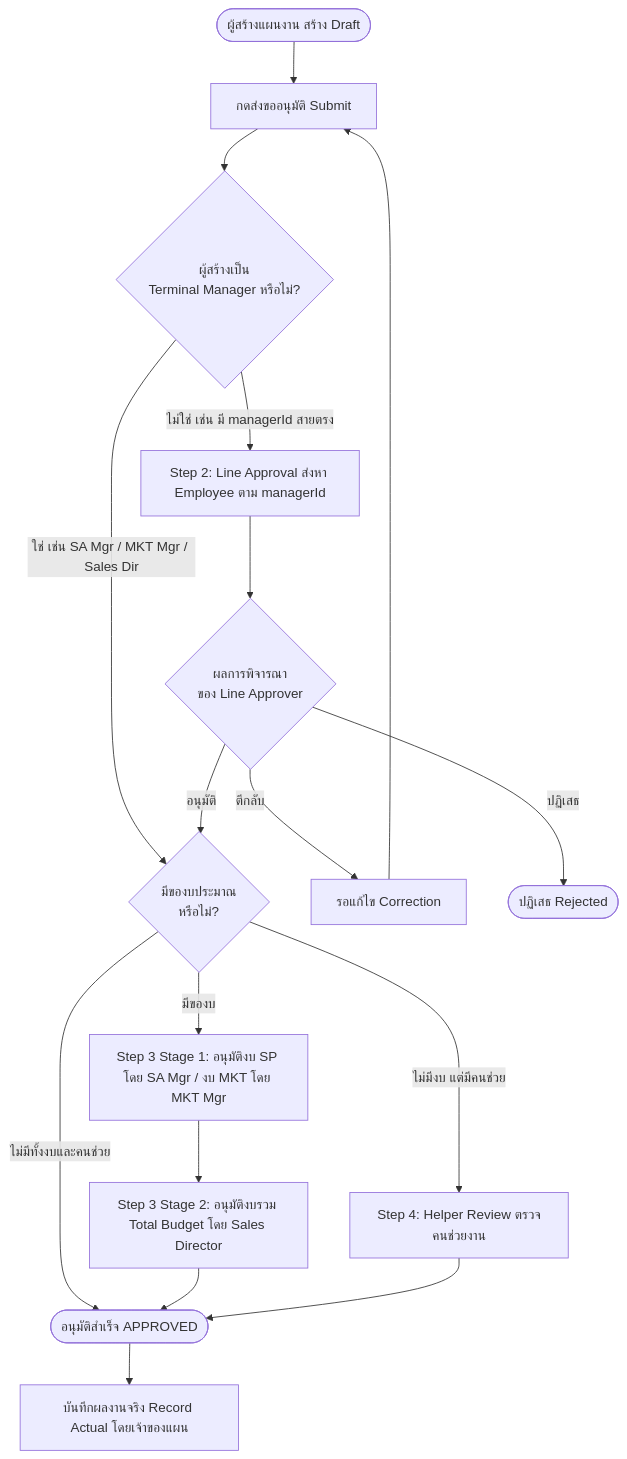
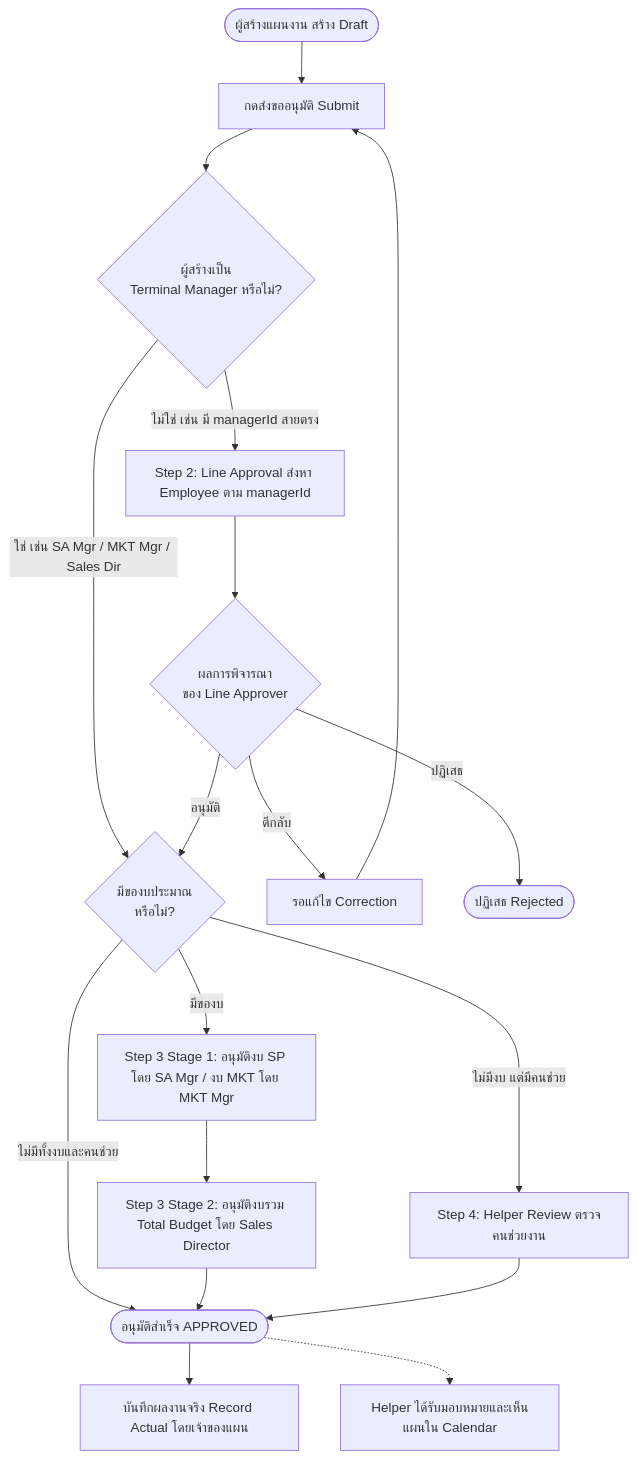
One commit to bankhk10/crm-bank changed the diagram in docs/activity/ACTIVITY-RBAC-PERMISSIONS.md. Above: the diagram before and after it, drawn with Mermaid. The commit also changed other lines of this file, not shown here.

````diff
--- a/docs/activity/ACTIVITY-RBAC-PERMISSIONS.md
+++ b/docs/activity/ACTIVITY-RBAC-PERMISSIONS.md
@@ -292,24 +371,25 @@
 ```mermaid
 flowchart TD
     Start([ผู้สร้างแผนงาน สร้าง Draft]) --> Submit[กดส่งขออนุมัติ Submit]
     
     Submit --> CheckCreator{ผู้สร้างเป็น<br/>Terminal Manager หรือไม่?}
     
     CheckCreator -->|ไม่ใช่ เช่น มี managerId สายตรง| Step2[Step 2: Line Approval ส่งหา Employee ตาม managerId]
     CheckCreator -->|ใช่ เช่น SA Mgr / MKT Mgr / Sales Dir| CheckBudget{มีของบประมาณ<br/>หรือไม่?}
     
     Step2 --> LineDecision{ผลการพิจารณา<br/>ของ Line Approver}
     LineDecision -->|อนุมัติ| CheckBudget
     LineDecision -->|ตีกลับ| Correction[รอแก้ไข Correction] --> Submit
     LineDecision -->|ปฏิเสธ| Rejected([ปฏิเสธ Rejected])
     
     CheckBudget -->|มีของบ| Step3Stage1[Step 3 Stage 1: อนุมัติงบ SP โดย SA Mgr / งบ MKT โดย MKT Mgr]
     CheckBudget -->|ไม่มีงบ แต่มีคนช่วย| Step4[Step 4: Helper Review ตรวจคนช่วยงาน]
     CheckBudget -->|ไม่มีทั้งงบและคนช่วย| Approved([อนุมัติสำเร็จ APPROVED])
     
     Step3Stage1 --> Step3Stage2[Step 3 Stage 2: อนุมัติงบรวม Total Budget โดย Sales Director]
     Step3Stage2 --> Approved
     Step4 --> Approved
     
     Approved --> RecordActual[บันทึกผลงานจริง Record Actual โดยเจ้าของแผน]
+    Approved -.-> HelperNotify[Helper ได้รับมอบหมายและเห็นแผนใน Calendar]
 ```
````
